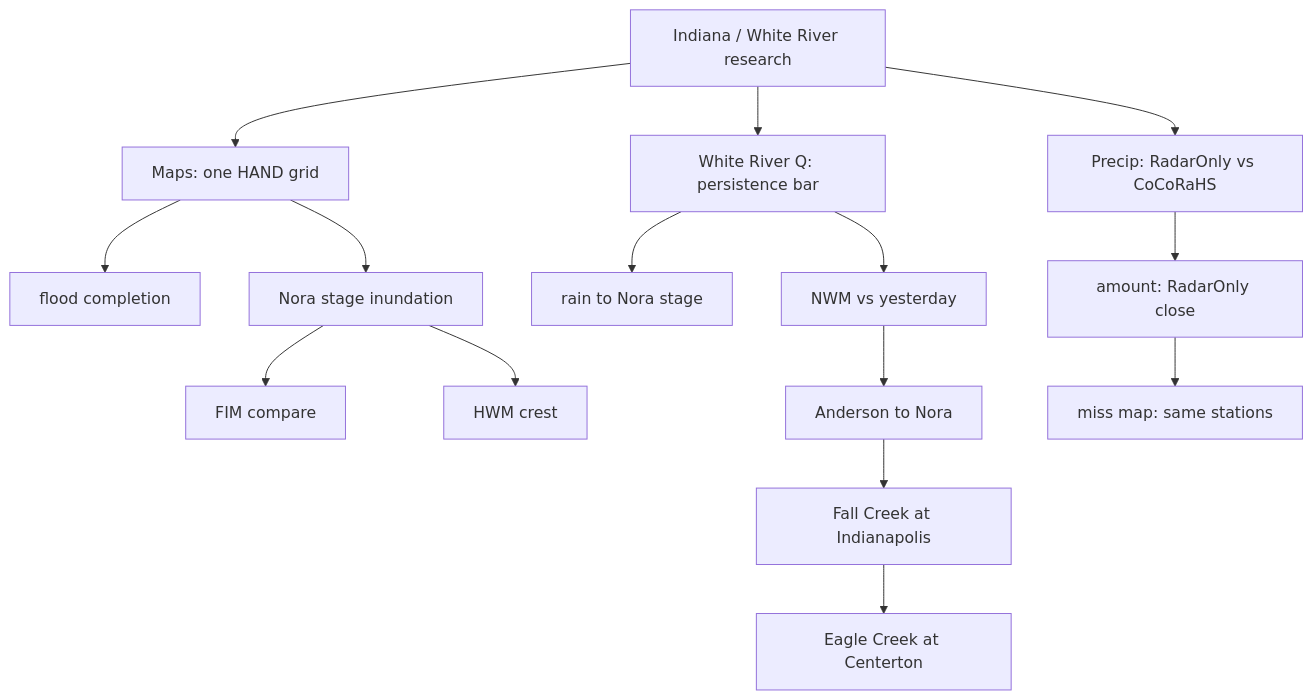
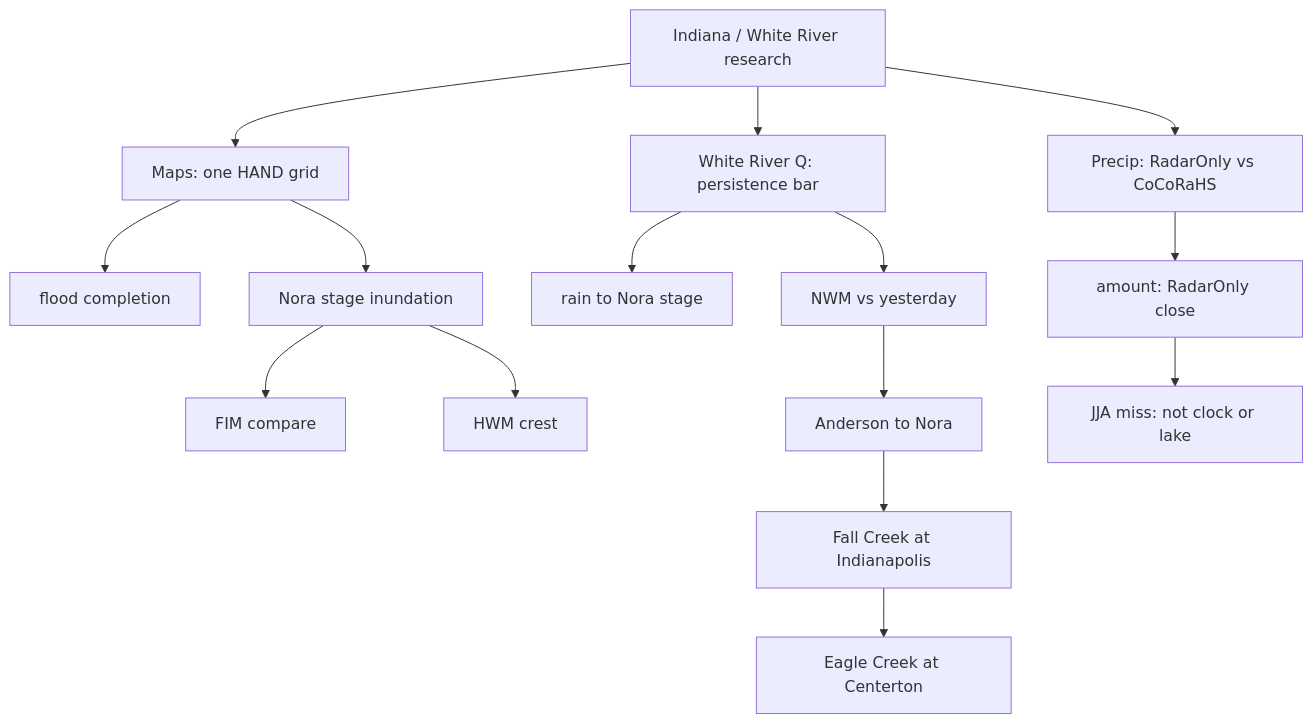
Before and after one commit to martialsystems/.github: the diagram in RESEARCH.md, drawn with Mermaid. The commit also changed other lines of this file and 2 other files, not shown here.

Commit message:
Note the JJA miss null on the precip sequel.
Clock and lake county do not explain summer RadarOnly misses.

````diff
--- a/RESEARCH.md
+++ b/RESEARCH.md
@@ -40,18 +40,18 @@
 ```mermaid
 flowchart TD
   R["Indiana / White River research"]
   R --> M["Maps: one HAND grid"]
   R --> Q["White River Q: persistence bar"]
   R --> P["Precip: RadarOnly vs CoCoRaHS"]
   M --> M1["flood completion"]
   M --> M2["Nora stage inundation"]
   M2 --> M3["FIM compare"]
   M2 --> M4["HWM crest"]
   Q --> Q1["rain to Nora stage"]
   Q --> Q2["NWM vs yesterday"]
   Q2 --> Q3["Anderson to Nora"]
   Q3 --> Q4["Fall Creek at Indianapolis"]
   Q4 --> Q5["Eagle Creek at Centerton"]
   P --> P1["amount: RadarOnly close"]
-  P1 --> P2["miss map: same stations"]
+  P1 --> P2["JJA miss: not clock or lake"]
 ```
````
